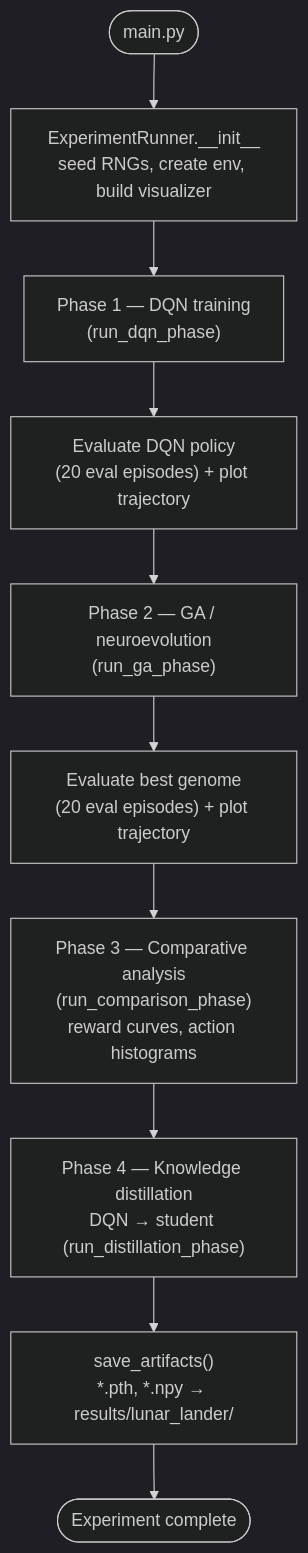
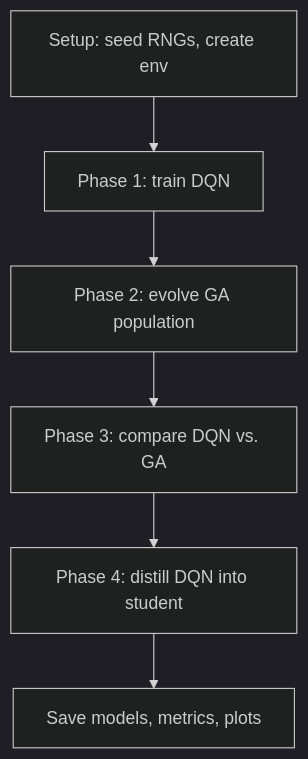
Before and after one commit to FabrizioZeb/dqn-ga-rl: the third of 7 diagrams in README.md, drawn with Mermaid (dark theme). The commit also changed other lines of this file, not shown here.

First line of the commit message:
Simplify architecture diagrams for readability

````diff
--- a/README.md
+++ b/README.md
@@ -347,12 +289,9 @@
 ```mermaid
+%%{init: {'flowchart': {'curve': 'linear'}}}%%
 flowchart TB
-    START(["main.py"]) --> INIT["ExperimentRunner.__init__<br/>seed RNGs, create env, build visualizer"]
-    INIT --> P1["Phase 1 — DQN training<br/>(run_dqn_phase)"]
-    P1 --> P1E["Evaluate DQN policy<br/>(20 eval episodes) + plot trajectory"]
-    P1E --> P2["Phase 2 — GA / neuroevolution<br/>(run_ga_phase)"]
-    P2 --> P2E["Evaluate best genome<br/>(20 eval episodes) + plot trajectory"]
-    P2E --> P3["Phase 3 — Comparative analysis<br/>(run_comparison_phase)<br/>reward curves, action histograms"]
-    P3 --> P4["Phase 4 — Knowledge distillation<br/>DQN → student (run_distillation_phase)"]
-    P4 --> SAVE["save_artifacts()<br/>*.pth, *.npy → results/lunar_lander/"]
-    SAVE --> END(["Experiment complete"])
+    INIT["Setup: seed RNGs, create env"] --> P1["Phase 1: train DQN"]
+    P1 --> P2["Phase 2: evolve GA population"]
+    P2 --> P3["Phase 3: compare DQN vs. GA"]
+    P3 --> P4["Phase 4: distill DQN into student"]
+    P4 --> SAVE["Save models, metrics, plots"]
 ```
````
